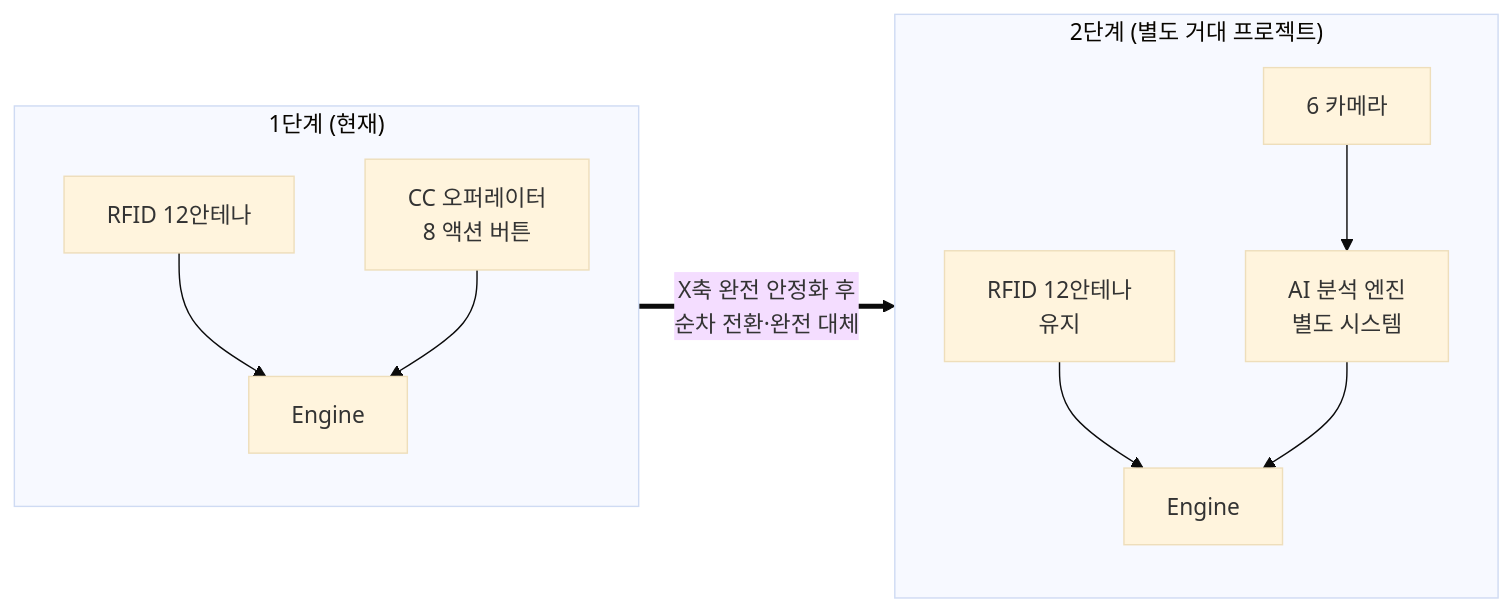
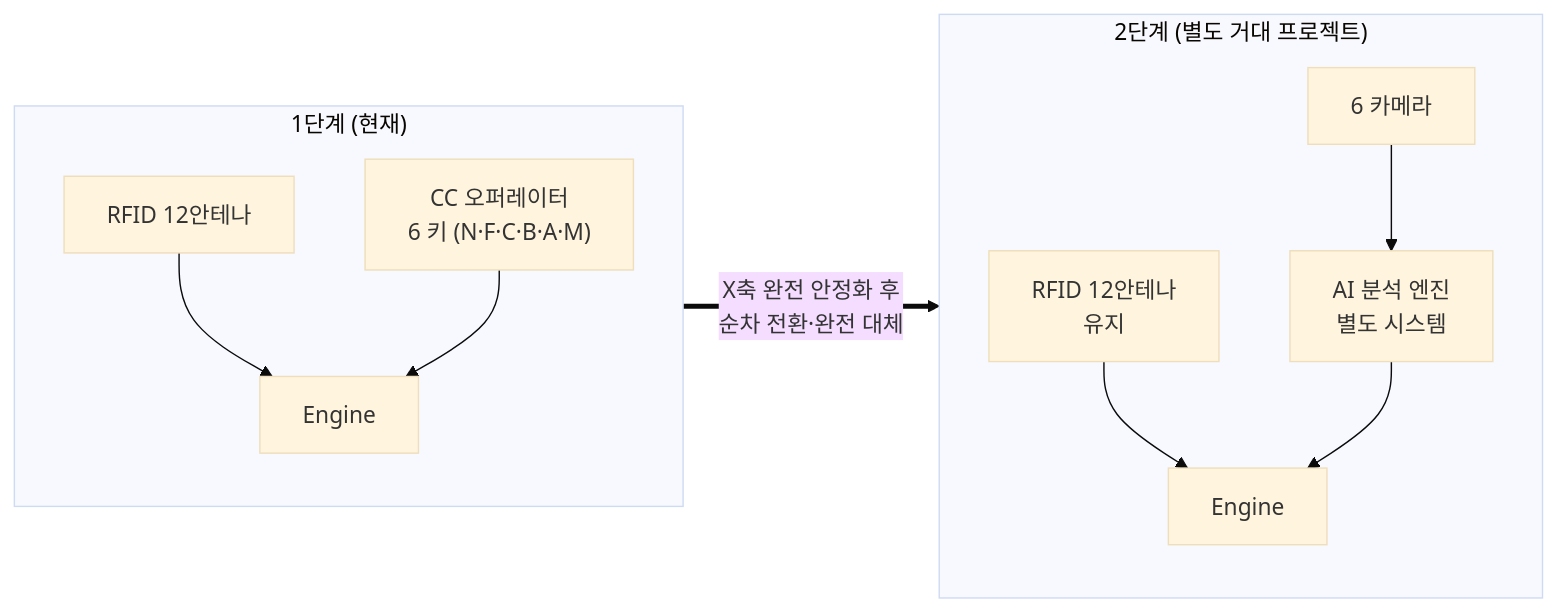
Before and after one commit to garimto81/ebs_github: diagram 14 of 17 in docs/1. Product/Foundation.md, drawn with Mermaid (base theme). The commit also changed other lines of this file and 9 other files, not shown here.

````diff
--- a/docs/1. Product/Foundation.md
+++ b/docs/1. Product/Foundation.md
@@ -862,13 +864,13 @@
 ```mermaid
 flowchart LR
     subgraph S1["1단계 (현재)"]
         R1[RFID 12안테나] --> Eng1[Engine]
-        CC[CC 오퍼레이터<br/>8 액션 버튼] --> Eng1
+        CC["CC 오퍼레이터<br/>6 키 (N·F·C·B·A·M)"] --> Eng1
     end
     subgraph S2["2단계 (별도 거대 프로젝트)"]
         R2[RFID 12안테나<br/>유지] --> Eng2[Engine]
         Cam[6 카메라] --> AIEng[AI 분석 엔진<br/>별도 시스템]
         AIEng --> Eng2
     end
     S1 ==>|X축 완전 안정화 후<br/>순차 전환·완전 대체| S2
 ```
````
